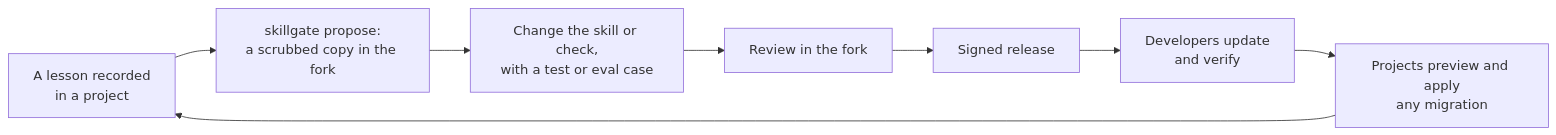
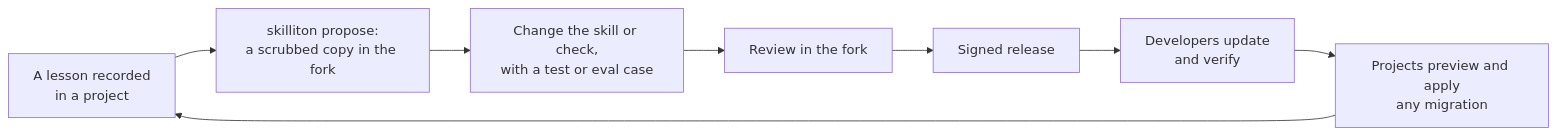
One commit to MojoAI-King/Skilliton changed the fifth of 5 diagrams in docs/HOW-IT-WORKS.md. Above: the diagram before and after it, drawn with Mermaid. The commit also changed other lines of this file and 146 other files, not shown here.

````diff
--- a/docs/HOW-IT-WORKS.md
+++ b/docs/HOW-IT-WORKS.md
@@ -192,10 +192,10 @@
 ```mermaid
 flowchart LR
-  L["A lesson recorded<br/>in a project"] --> PP["skillgate propose:<br/>a scrubbed copy in the fork"]
+  L["A lesson recorded<br/>in a project"] --> PP["skilliton propose:<br/>a scrubbed copy in the fork"]
   PP --> CH["Change the skill or check,<br/>with a test or eval case"]
   CH --> RV["Review in the fork"]
   RV --> RL["Signed release"]
   RL --> UP["Developers update<br/>and verify"]
   UP --> MG["Projects preview and apply<br/>any migration"]
   MG --> L
 ```
````
